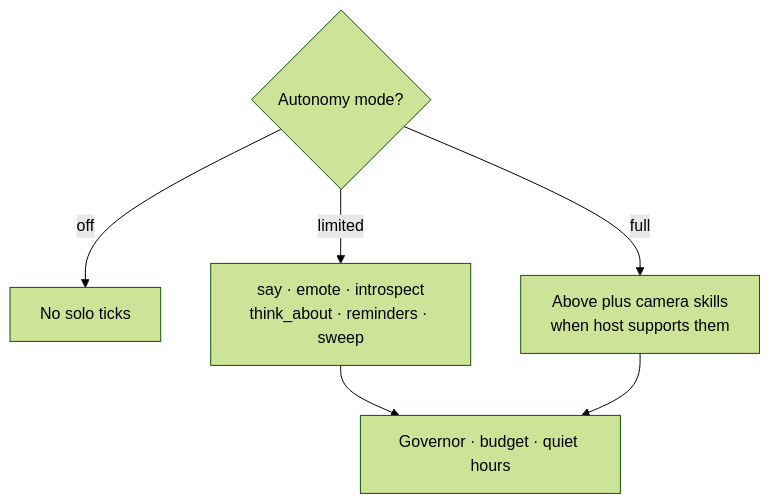
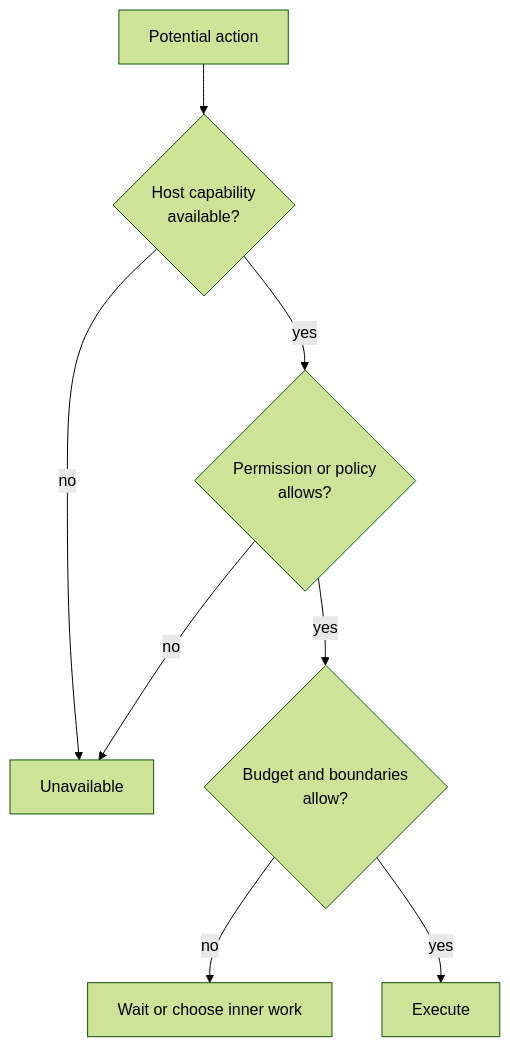
One commit to Velfi/AffectiveCore changed the fourth of 7 diagrams in docs/05-when-it-acts-alone.md. Above: the diagram before and after it, drawn with Mermaid (forest theme). The commit also changed other lines of this file and 147 other files, not shown here.

````diff
--- a/docs/05-when-it-acts-alone.md
+++ b/docs/05-when-it-acts-alone.md
@@ -79,10 +100,11 @@
 ```mermaid
 flowchart TB
-    MODE{Autonomy mode?}
-    MODE -->|off| NONE[No solo ticks]
-    MODE -->|limited| INNER[say · emote · introspect<br/>think_about · reminders · sweep]
-    MODE -->|full| FULL[Above plus camera skills<br/>when host supports them]
-
-    INNER --> GOV[Governor · budget · quiet hours]
-    FULL --> GOV
+    WANT[Potential action]
+    WANT --> CAP{Host capability<br/>available?}
+    CAP -->|no| BLOCK[Unavailable]
+    CAP -->|yes| PERM{Permission or policy<br/>allows?}
+    PERM -->|no| BLOCK
+    PERM -->|yes| BUD{Budget and boundaries<br/>allow?}
+    BUD -->|no| WAIT[Wait or choose inner work]
+    BUD -->|yes| GO[Execute]
 ```
````
